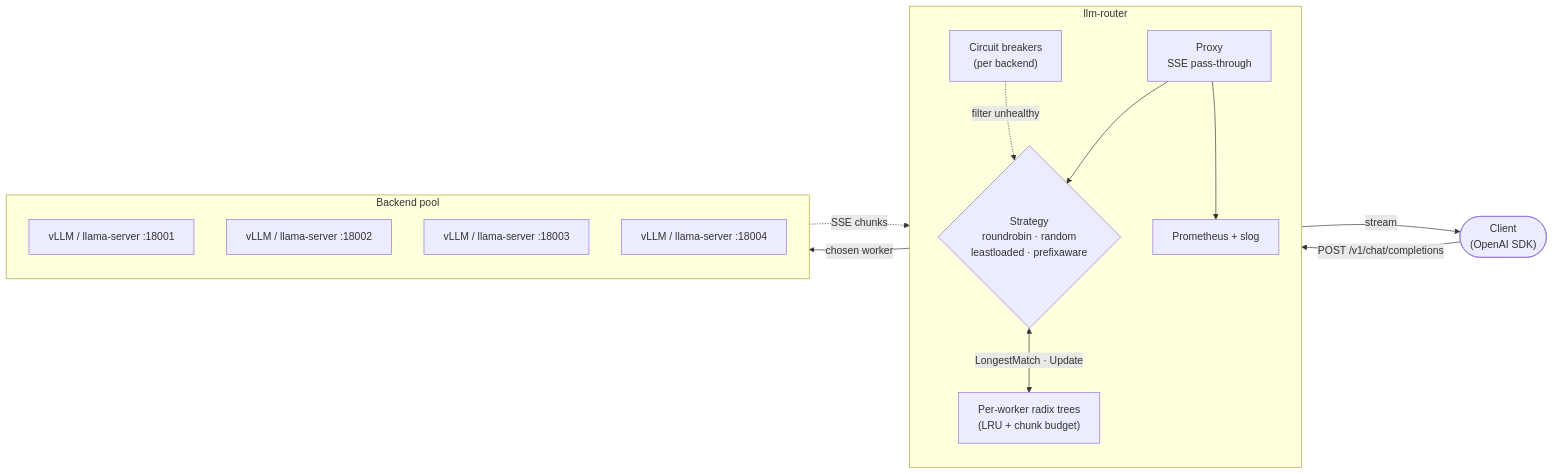
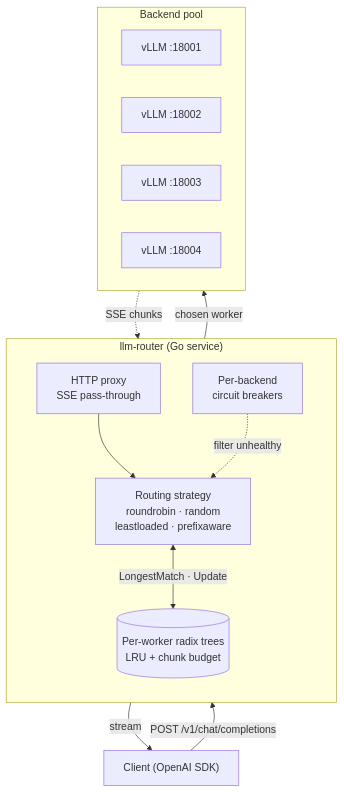
The first of 2 diagrams in README.md (zxuhan/llm-router), drawn with Mermaid before and after one commit. The commit also changed other lines of this file and 5 other files, not shown here.

````diff
--- a/README.md
+++ b/README.md
@@ -94,29 +178,31 @@
 ```mermaid
-flowchart LR
-    C(["Client<br/>(OpenAI SDK)"])
+flowchart TD
+    Client["Client (OpenAI SDK)"]
 
-    subgraph Router["llm-router"]
+    Client -->|"POST /v1/chat/completions"| Proxy
+
+    subgraph Router["llm-router (Go service)"]
         direction TB
-        P["Proxy<br/>SSE pass-through"]
-        S{"Strategy<br/>roundrobin · random<br/>leastloaded · prefixaware"}
-        T["Per-worker radix trees<br/>(LRU + chunk budget)"]
-        H["Circuit breakers<br/>(per backend)"]
-        M["Prometheus + slog"]
+        Proxy["HTTP proxy<br/>SSE pass-through"]
+        Strategy["Routing strategy<br/>roundrobin · random<br/>leastloaded · prefixaware"]
+        Trees[("Per-worker radix trees<br/>LRU + chunk budget")]
+        Breaker["Per-backend<br/>circuit breakers"]
+
+        Proxy --> Strategy
+        Strategy <-->|"LongestMatch · Update"| Trees
+        Breaker -.->|"filter unhealthy"| Strategy
     end
 
-    subgraph Backends["Backend pool"]
-        W0["vLLM / llama-server :18001"]
-        W1["vLLM / llama-server :18002"]
-        W2["vLLM / llama-server :18003"]
-        W3["vLLM / llama-server :18004"]
+    Strategy -->|"chosen worker"| Pool
+
+    subgraph Pool["Backend pool"]
+        direction LR
+        W0["vLLM :18001"]
+        W1["vLLM :18002"]
+        W2["vLLM :18003"]
+        W3["vLLM :18004"]
     end
 
-    C -- "POST /v1/chat/completions" --> P
-    P --> S
-    S <-- "LongestMatch · Update" --> T
-    H -. "filter unhealthy" .-> S
-    S -- "chosen worker" --> Backends
-    Backends -. "SSE chunks" .-> P
-    P -- "stream" --> C
-    P --> M
+    Pool -.->|"SSE chunks"| Proxy
+    Proxy -->|"stream"| Client
 ```
````
